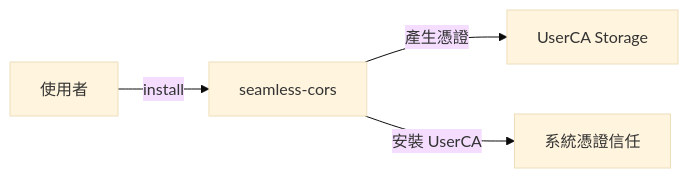
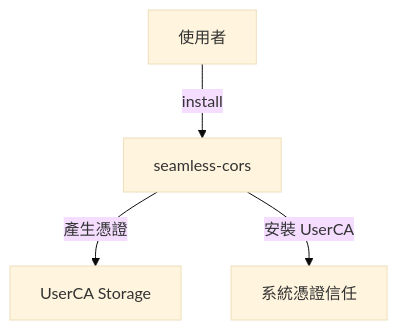
One commit to QzCurious/seamless-cors changed the first of 7 diagrams in diagrams/v4.md. Above: the diagram before and after it, drawn with Mermaid (base theme). The commit also changed other lines of this file and 3 other files, not shown here.

Commit message:
update diagrams

````diff
--- a/diagrams/v4.md
+++ b/diagrams/v4.md
@@ -3,11 +3,11 @@
 ```mermaid
-flowchart LR
+flowchart TD
   User[使用者]
   SeamlessCors[seamless-cors]
   CAStorage[UserCA Storage]
   SystemTrust[系統憑證信任]
 
   User -->|install| SeamlessCors
   SeamlessCors -->|產生憑證| CAStorage
   SeamlessCors -->|安裝 UserCA| SystemTrust
 ```
````
